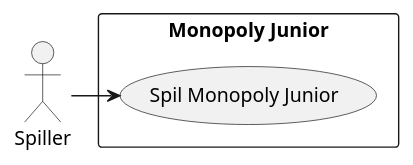
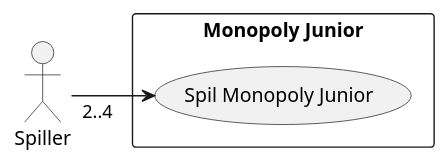
One commit to Greve2001/CDIO3 changed the diagram in diagrams/UC_Diagram.puml. Above: the diagram before and after it, drawn with PlantUML.

Commit message:
added multiplicity

```diff
--- a/diagrams/UC_Diagram.puml
+++ b/diagrams/UC_Diagram.puml
@@ -1,11 +1,11 @@
 @startuml
 'https://plantuml.com/use-case-diagram
 
-' Initial draft of the UC Diagram
+left to right direction
 
 rectangle "Monopoly Junior" {
     usecase (Spil Monopoly Junior) as play
 }
 
-Spiller -> play
+Spiller "2..4" --> play
 @enduml
```
